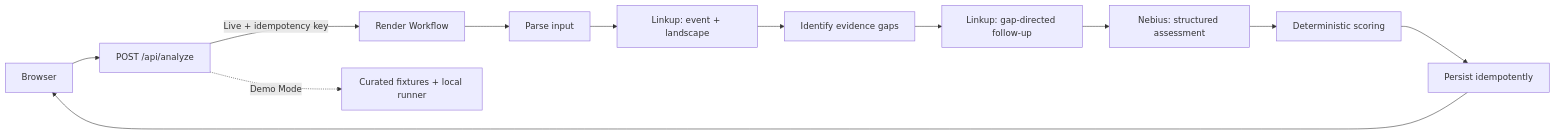
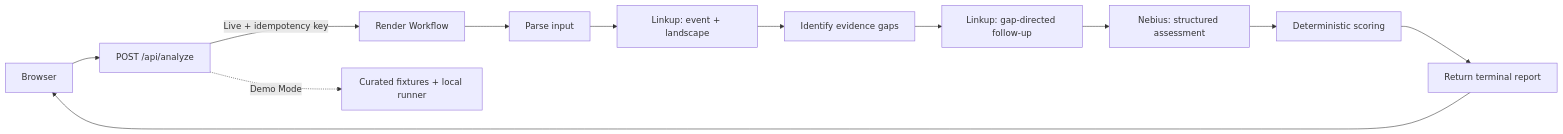
The diagram in README.md (ValenteCreativo/PIVOT), drawn with Mermaid before and after one commit. The commit also changed other lines of this file and 6 other files, not shown here.

````diff
--- a/README.md
+++ b/README.md
@@ -53,14 +54,14 @@
 ```mermaid
 flowchart LR
   U[Browser] --> A[POST /api/analyze]
   A -->|Live + idempotency key| R[Render Workflow]
   R --> P[Parse input]
   P --> L1[Linkup: event + landscape]
   L1 --> G[Identify evidence gaps]
   G --> L2[Linkup: gap-directed follow-up]
   L2 --> N[Nebius: structured assessment]
   N --> S[Deterministic scoring]
-  S --> D[Persist idempotently]
+  S --> D[Return terminal report]
   D --> U
   A -. Demo Mode .-> F[Curated fixtures + local runner]
 ```
````
